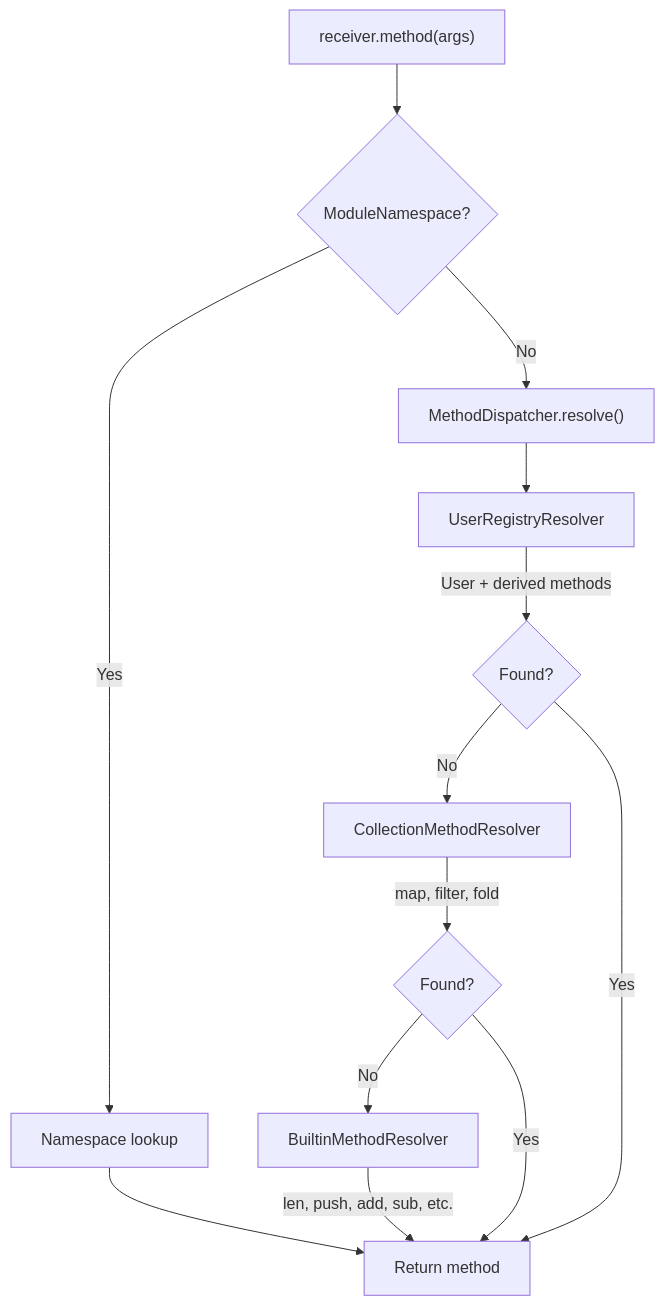
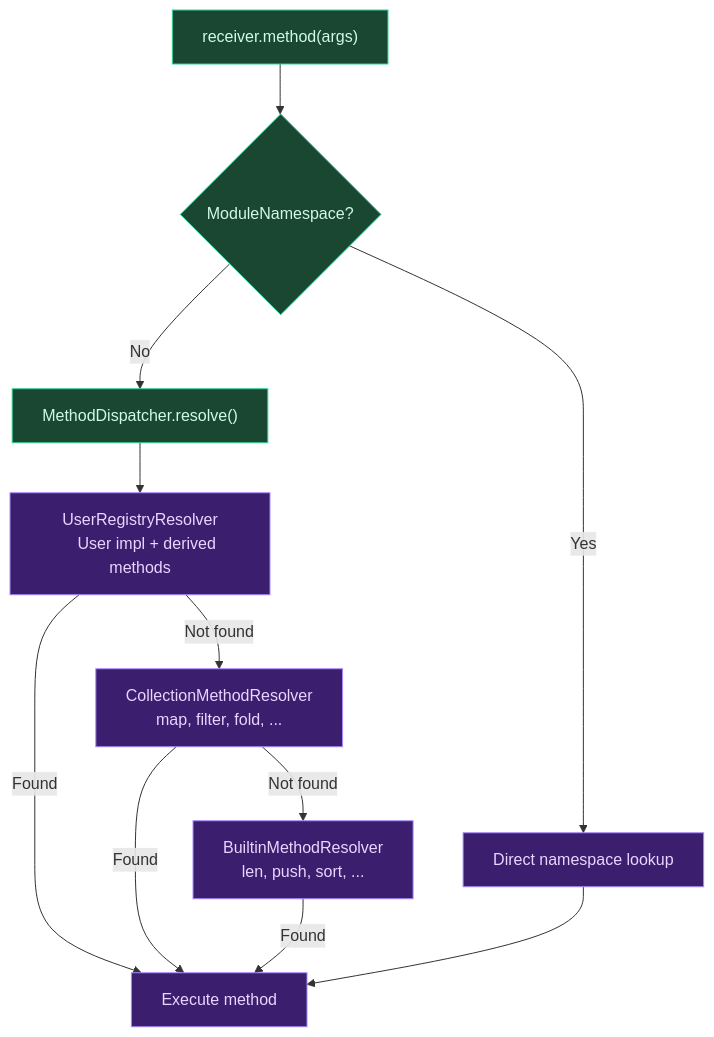
One commit to upstat-io/ori-lang changed the third of 3 diagrams in docs/compiler/design/08-evaluator/index.md. Above: the diagram before and after it, drawn with Mermaid. The commit also changed other lines of this file and 13 other files, not shown here.

````diff
--- a/docs/compiler/design/08-evaluator/index.md
+++ b/docs/compiler/design/08-evaluator/index.md
@@ -454,15 +190,24 @@
 ```mermaid
 flowchart TB
-    A["receiver.method(args)"] --> Z{"ModuleNamespace?"}
-    Z -->|Yes| Y["Namespace lookup"]
-    Y --> H
-    Z -->|No| B["MethodDispatcher.resolve()"]
-    B --> C["UserRegistryResolver"]
-    C -->|"User + derived methods"| D{"Found?"}
-    D -->|No| E["CollectionMethodResolver"]
-    E -->|"map, filter, fold"| F{"Found?"}
-    F -->|No| G["BuiltinMethodResolver"]
-    G -->|"len, push, add, sub, etc."| H["Return method"]
-    D -->|Yes| H
-    F -->|Yes| H
+    Call["receiver.method(args)"] --> NS{"ModuleNamespace?"}
+    NS -->|Yes| Lookup["Direct namespace lookup"]
+    NS -->|No| Chain["MethodDispatcher.resolve()"]
+
+    Chain --> User["UserRegistryResolver
+    User impl + derived methods"]
+    User -->|Not found| Coll["CollectionMethodResolver
+    map, filter, fold, ..."]
+    Coll -->|Not found| Builtin["BuiltinMethodResolver
+    len, push, sort, ..."]
+
+    User -->|Found| Exec["Execute method"]
+    Coll -->|Found| Exec
+    Builtin -->|Found| Exec
+    Lookup --> Exec
+
+    classDef interpreter fill:#1a4731,stroke:#34d399,color:#d1fae5
+    classDef canon fill:#3b1f6e,stroke:#a78bfa,color:#e9d5ff
+
+    class Call,NS,Chain interpreter
+    class User,Coll,Builtin,Exec,Lookup canon
 ```
````
